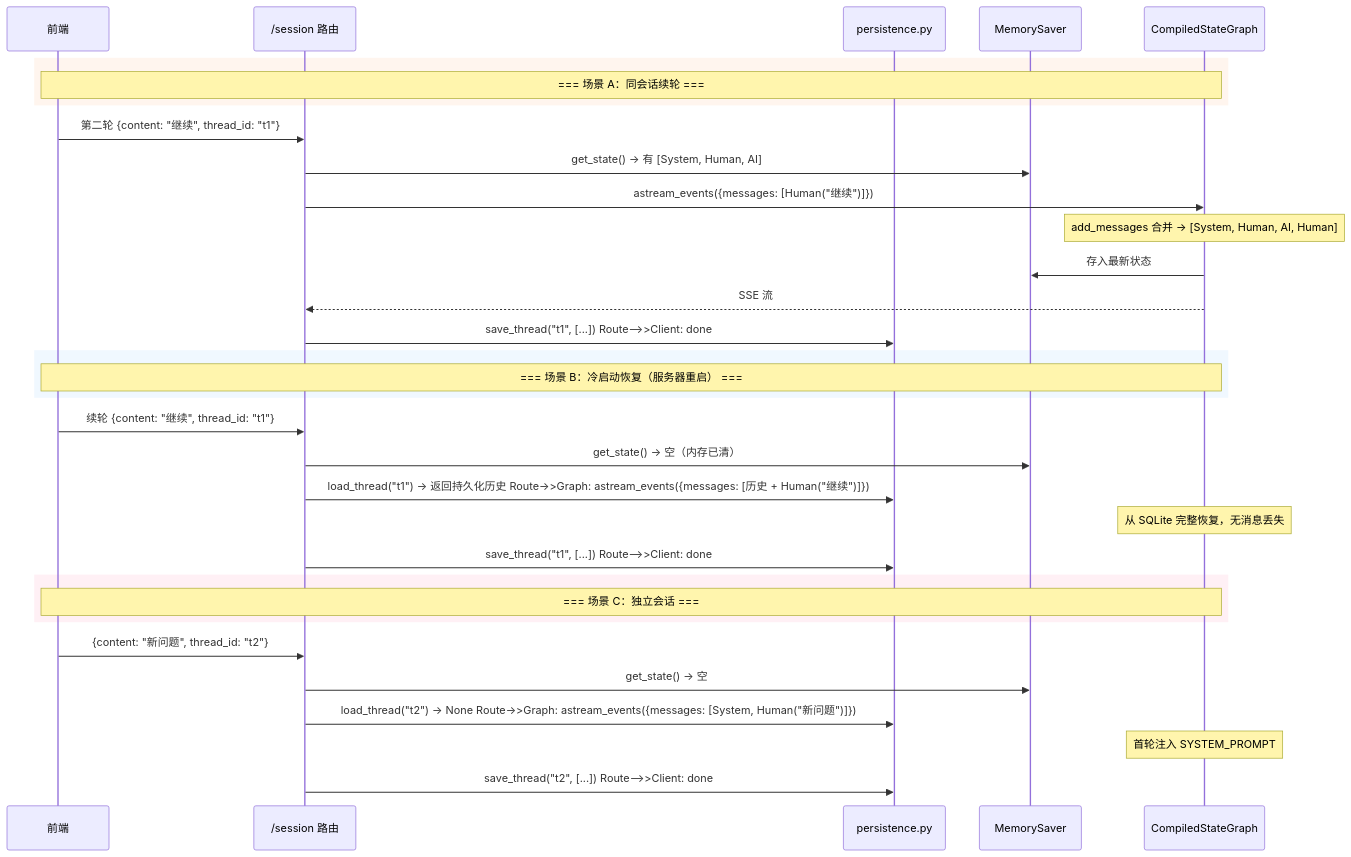
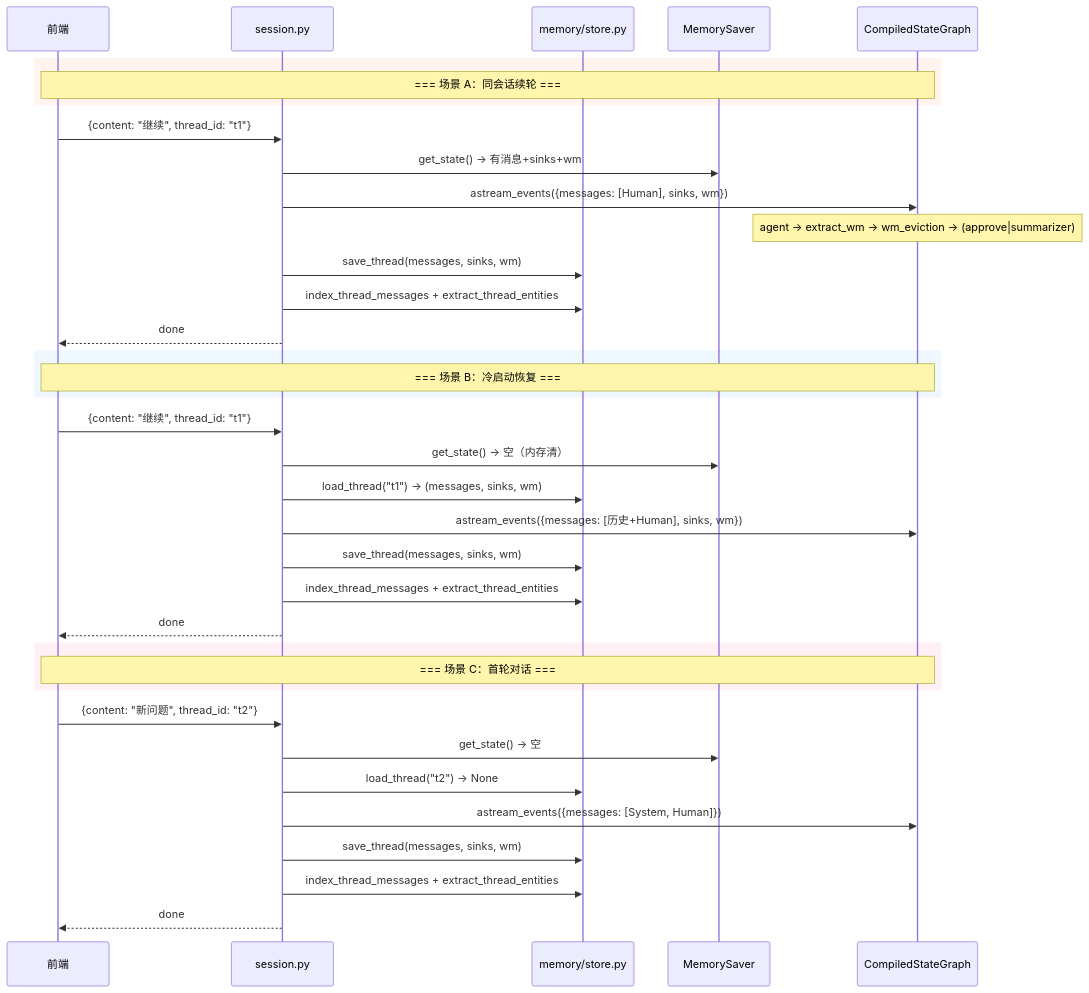
Before and after one commit to wuLa0702/llm_wiki_selfbuild: the fifth of 8 diagrams in docs/agent-architecture-diagrams.md, drawn with Mermaid. The commit also changed other lines of this file, not shown here.

First line of the commit message:
docs(agent): 架构图更新至 v5 — 四层模块 + WM + Sink + 索引表

````diff
--- a/docs/agent-architecture-diagrams.md
+++ b/docs/agent-architecture-diagrams.md
@@ -300,37 +413,41 @@
 ```mermaid
 sequenceDiagram
     participant Client as 前端
-    participant Route as /session 路由
-    participant Persist as persistence.py
+    participant Route as session.py
+    participant Store as memory/store.py
     participant Mem as MemorySaver
     participant Graph as CompiledStateGraph
 
     rect rgb(255, 245, 238)
         Note over Client,Graph: === 场景 A：同会话续轮 ===
     end
-    Client->>Route: 第二轮 {content: "继续", thread_id: "t1"}
-    Route->>Mem: get_state() → 有 [System, Human, AI]
-    Route->>Graph: astream_events({messages: [Human("继续")]})
-    Note over Graph: add_messages 合并 → [System, Human, AI, Human]
-    Graph->>Mem: 存入最新状态
-    Graph-->>Route: SSE 流
-    Route->>Persist: save_thread("t1", [...])    Route-->>Client: done
+    Client->>Route: {content: "继续", thread_id: "t1"}
+    Route->>Mem: get_state() → 有消息+sinks+wm
+    Route->>Graph: astream_events({messages: [Human], sinks, wm})
+    Note over Graph: agent → extract_wm → wm_eviction → (approve|summarizer)
+    Route->>Store: save_thread(messages, sinks, wm)
+    Route->>Store: index_thread_messages + extract_thread_entities
+    Route-->>Client: done
 
     rect rgb(240, 248, 255)
-        Note over Client,Graph: === 场景 B：冷启动恢复（服务器重启） ===
+        Note over Client,Graph: === 场景 B：冷启动恢复 ===
     end
-    Client->>Route: 续轮 {content: "继续", thread_id: "t1"}
-    Route->>Mem: get_state() → 空（内存已清）
-    Route->>Persist: load_thread("t1") → 返回持久化历史    Route->>Graph: astream_events({messages: [历史 + Human("继续")]})
-    Note over Graph: 从 SQLite 完整恢复，无消息丢失
-    Route->>Persist: save_thread("t1", [...])    Route-->>Client: done
+    Client->>Route: {content: "继续", thread_id: "t1"}
+    Route->>Mem: get_state() → 空（内存清）
+    Route->>Store: load_thread("t1") → (messages, sinks, wm)
+    Route->>Graph: astream_events({messages: [历史+Human], sinks, wm})
+    Route->>Store: save_thread(messages, sinks, wm)
+    Route->>Store: index_thread_messages + extract_thread_entities
+    Route-->>Client: done
 
     rect rgb(255, 240, 245)
-        Note over Client,Graph: === 场景 C：独立会话 ===
+        Note over Client,Graph: === 场景 C：首轮对话 ===
     end
     Client->>Route: {content: "新问题", thread_id: "t2"}
     Route->>Mem: get_state() → 空
-    Route->>Persist: load_thread("t2") → None    Route->>Graph: astream_events({messages: [System, Human("新问题")]})
-    Note over Graph: 首轮注入 SYSTEM_PROMPT
-    Route->>Persist: save_thread("t2", [...])    Route-->>Client: done
+    Route->>Store: load_thread("t2") → None
+    Route->>Graph: astream_events({messages: [System, Human]})
+    Route->>Store: save_thread(messages, sinks, wm)
+    Route->>Store: index_thread_messages + extract_thread_entities
+    Route-->>Client: done
 ```
````
